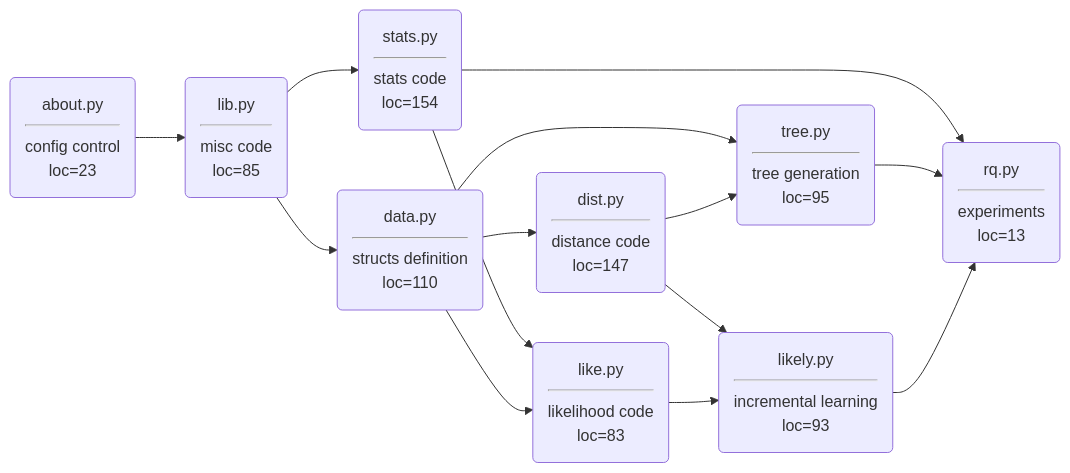
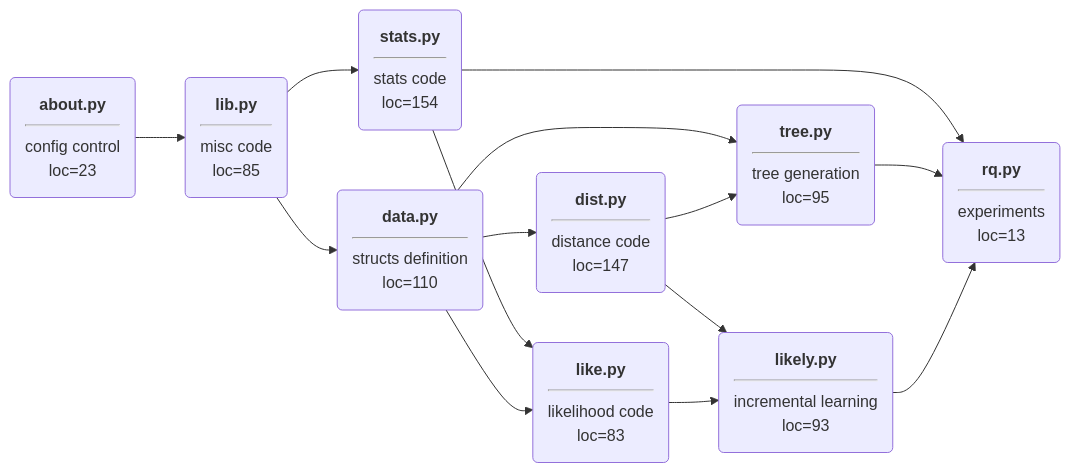
One commit to timm/ezr changed the diagram in ezr/README.md. Above: the diagram before and after it, drawn with Mermaid.

````diff
--- a/ezr/README.md
+++ b/ezr/README.md
@@ -3,25 +3,26 @@
 ```mermaid
 graph LR;
-lib(lib.py<hr>misc code<br>loc=85);
-about(about.py<hr>config control<br>loc=23);
-data(data.py<hr>structs definition<br>loc=110)
-dist(dist.py<hr>distance code<br>loc=147);
-like(like.py<hr>likelihood code<br>loc=83);
-likely(likely.py<hr>incremental learning<br>loc=93);
-rq(rq.py<hr>experiments<br>loc=13);
-stats(stats.py<hr>stats code<br>loc=154);
-tree(tree.py<hr>tree generation<br>loc=95);
+lib(<b>lib.py</b><hr>misc code<br>loc=85);
+about(<b>about.py</b><hr>config control<br>loc=23);
+data(<b>data.py</b><hr>structs definition<br>loc=110)
+dist(<b>dist.py</b><hr>distance code<br>loc=147);
+like(<b>like.py</b><hr>likelihood code<br>loc=83);
+likely(<b>likely.py</b><hr>incremental learning<br>loc=93);
+rq(<b>rq.py</b><hr>experiments<br>loc=13);
+stats(<b>stats.py</b><hr>stats code<br>loc=154);
+tree(<b>tree.py</b><hr>tree generation<br>loc=95);
+
 lib --> data;
 stats --> like;
 stats --> rq;
 data --> dist;
 about --> lib;
 data --> like;
 dist --> likely;
 like --> likely;
 lib --> stats;
 data --> tree;
 dist --> tree;
 tree --> rq;
 likely --> rq;
 ```
````
